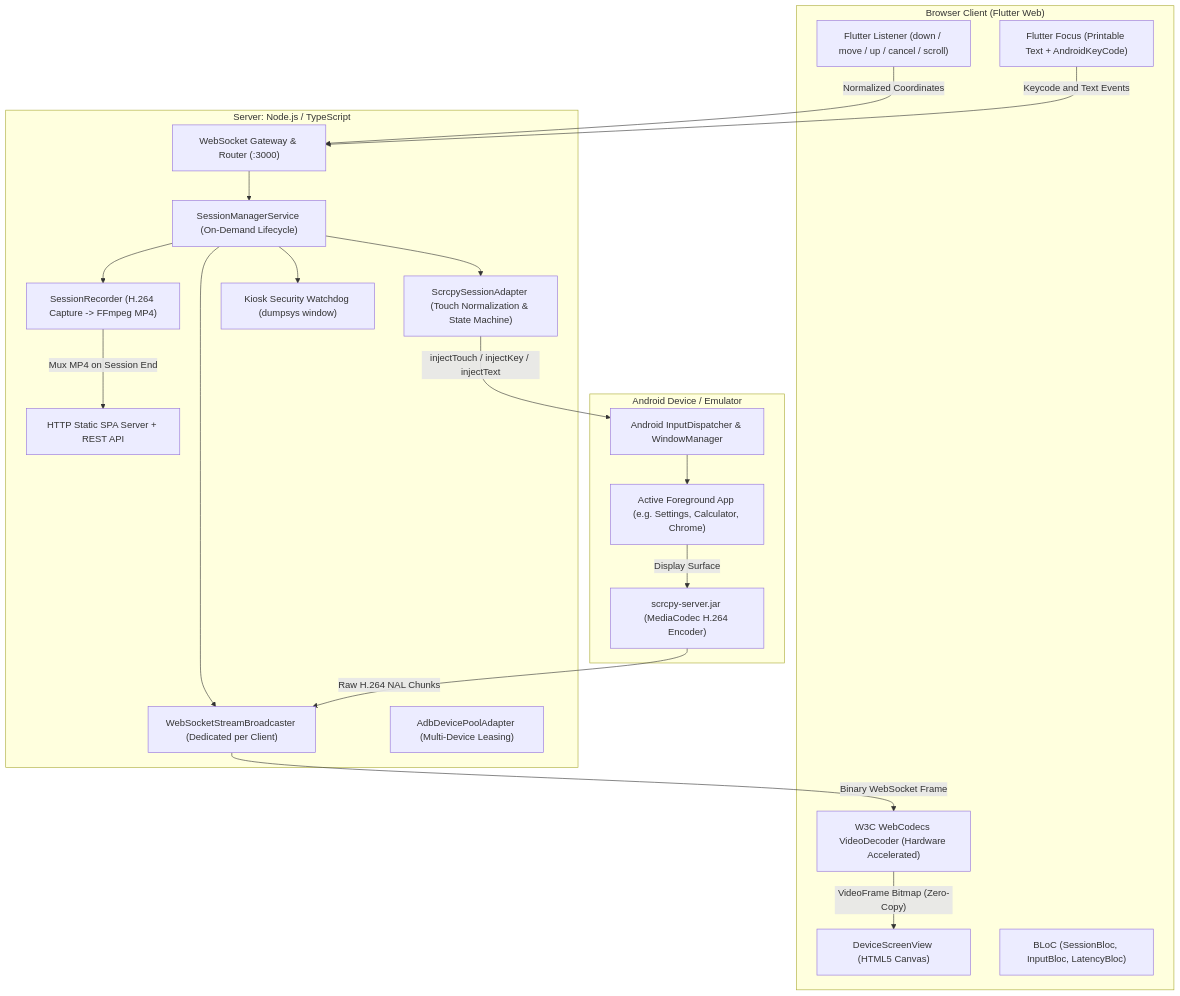
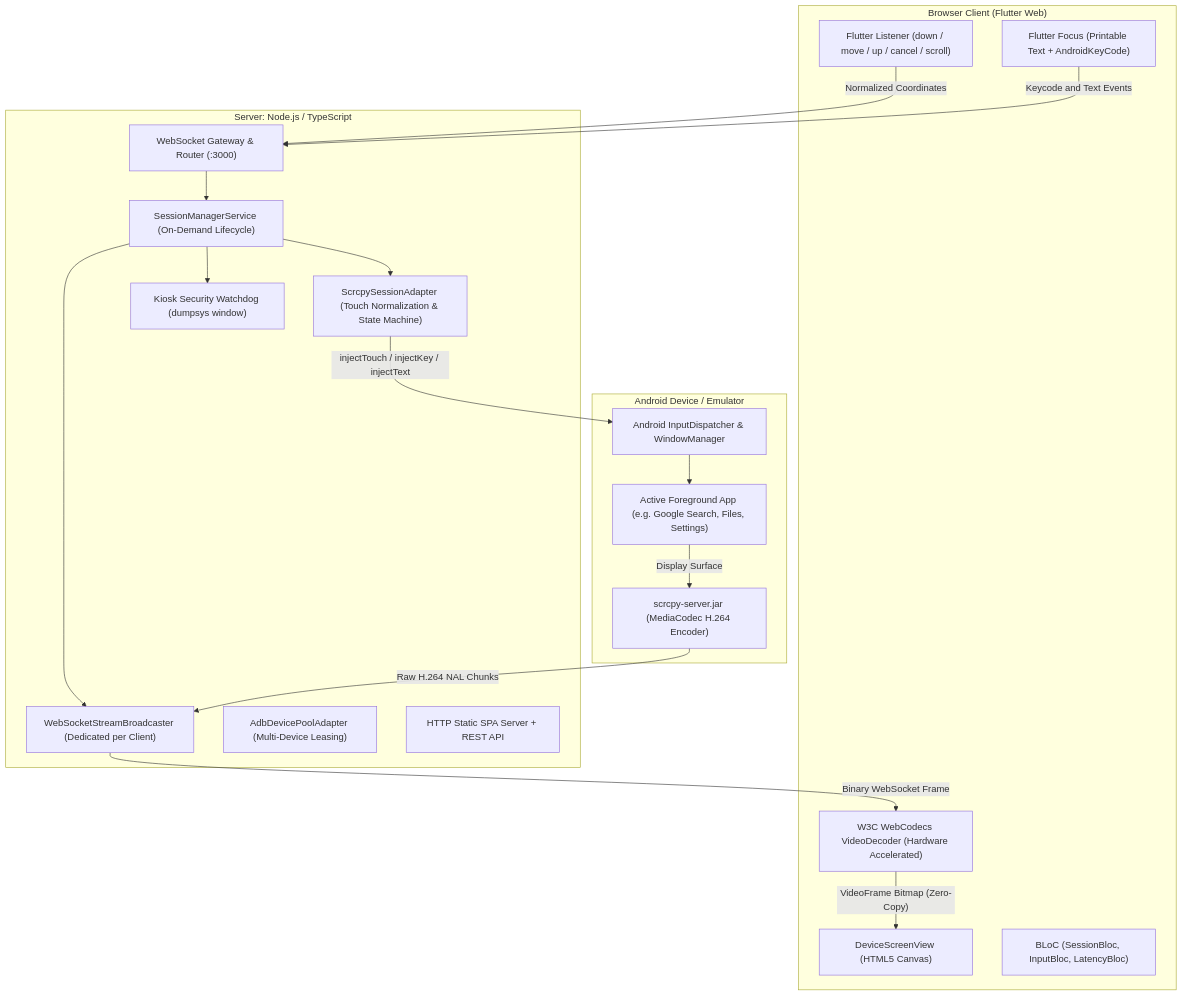
One commit to aavvvacado/andriod_browser_device changed the diagram in README.md. Above: the diagram before and after it, drawn with Mermaid. The commit also changed other lines of this file and 21 other files, not shown here.

Commit message:
feat: complete recording removal, Google Search kiosk mode with server watchdog, and graceful error handling

````diff
--- a/README.md
+++ b/README.md
@@ -80,44 +91,41 @@
 ```mermaid
 flowchart TD
     subgraph Client ["Browser Client (Flutter Web)"]
         Canvas["DeviceScreenView (HTML5 Canvas)"]
         Decoder["W3C WebCodecs VideoDecoder (Hardware Accelerated)"]
         PointerListener["Flutter Listener (down / move / up / cancel / scroll)"]
         KeyboardFocus["Flutter Focus (Printable Text + AndroidKeyCode)"]
         Bloc["BLoC (SessionBloc, InputBloc, LatencyBloc)"]
     end
 
     subgraph Backend ["Server: Node.js / TypeScript"]
         WS["WebSocket Gateway & Router (:3000)"]
         SessionMgr["SessionManagerService (On-Demand Lifecycle)"]
         Broadcaster["WebSocketStreamBroadcaster (Dedicated per Client)"]
         ScrcpyAdapter["ScrcpySessionAdapter (Touch Normalization & State Machine)"]
         DevicePool["AdbDevicePoolAdapter (Multi-Device Leasing)"]
-        Recorder["SessionRecorder (H.264 Capture -> FFmpeg MP4)"]
         Watchdog["Kiosk Security Watchdog (dumpsys window)"]
         StaticServer["HTTP Static SPA Server + REST API"]
     end
 
     subgraph AndroidDevice ["Android Device / Emulator"]
         ScrcpyServer["scrcpy-server.jar (MediaCodec H.264 Encoder)"]
         InputDispatcher["Android InputDispatcher & WindowManager"]
-        ActiveApp["Active Foreground App (e.g. Settings, Calculator, Chrome)"]
+        ActiveApp["Active Foreground App (e.g. Google Search, Files, Settings)"]
     end
 
     PointerListener -->|"Normalized Coordinates"| WS
     KeyboardFocus -->|"Keycode and Text Events"| WS
     WS --> SessionMgr
     SessionMgr --> ScrcpyAdapter
     SessionMgr --> Broadcaster
-    SessionMgr --> Recorder
     SessionMgr --> Watchdog
 
     ScrcpyAdapter -->|"injectTouch / injectKey / injectText"| InputDispatcher
     InputDispatcher --> ActiveApp
 
     ActiveApp -->|"Display Surface"| ScrcpyServer
     ScrcpyServer -->|"Raw H.264 NAL Chunks"| Broadcaster
     Broadcaster -->|"Binary WebSocket Frame"| Decoder
     Decoder -->|"VideoFrame Bitmap (Zero-Copy)"| Canvas
-    Recorder -->|"Mux MP4 on Session End"| StaticServer
 ```
````
